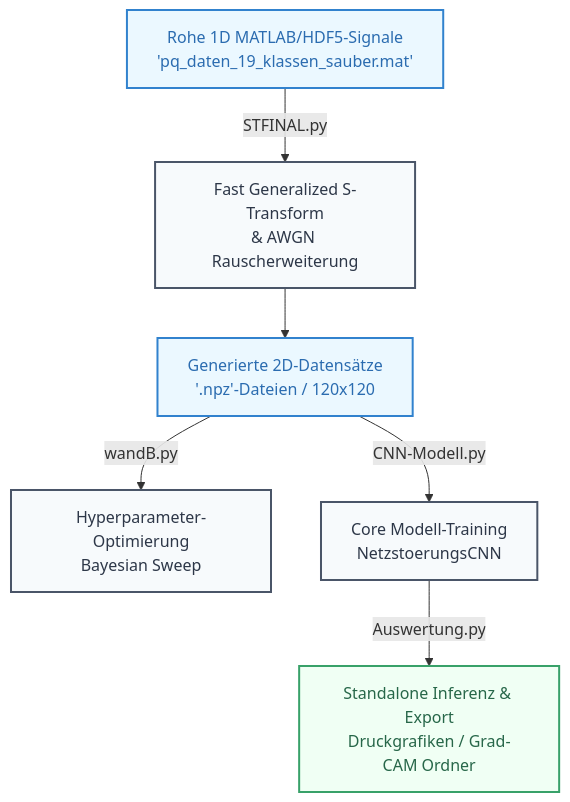
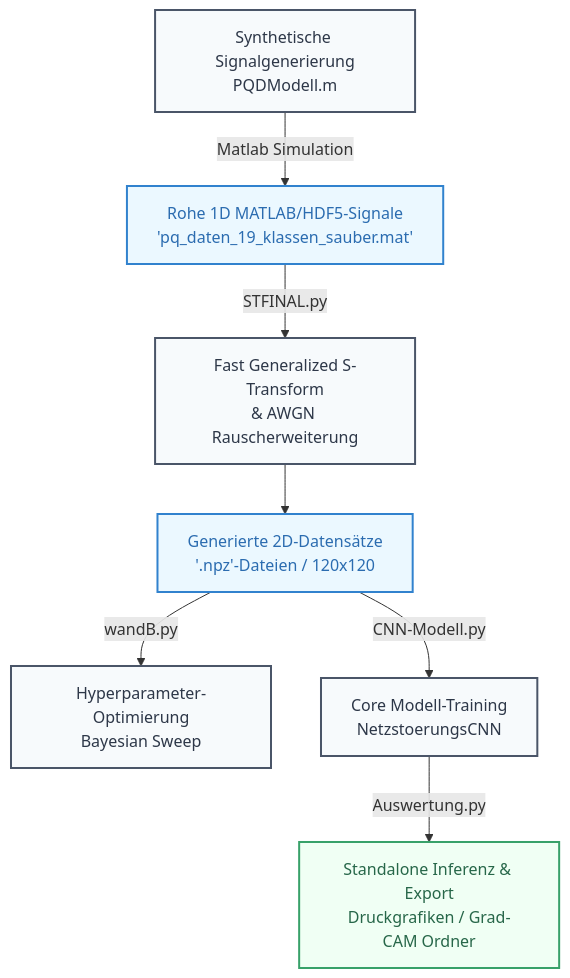
The first of 6 diagrams in README.md (ammo96/pandapower-test), drawn with Mermaid before and after one commit. The commit also changed other lines of this file, not shown here.

````diff
--- a/README.md
+++ b/README.md
@@ -11,27 +11,29 @@
 ```mermaid
 graph TD
     %% Nodes
+    A0[Synthetische Signalgenerierung<br/>PQDModell.m]
     A[Rohe 1D MATLAB/HDF5-Signale<br/>'pq_daten_19_klassen_sauber.mat'] 
     B[Fast Generalized S-Transform<br/>& AWGN Rauscherweiterung]
     C[Generierte 2D-Datensätze<br/>'.npz'-Dateien / 120x120]
     D[Hyperparameter-Optimierung<br/>Bayesian Sweep]
     E[Core Modell-Training<br/>NetzstoerungsCNN]
     F[Standalone Inferenz & Export<br/>Druckgrafiken / Grad-CAM Ordner]
 
     %% Pipeline Flow
+    A0 -->|Matlab Simulation| A
     A -->|STFINAL.py| B
     B --> C
     C -->|wandB.py| D
     C -->|CNN-Modell.py| E
     E -->|Auswertung.py| F
 
     %% Styling
     classDef process fill:#f7fafc,stroke:#4a5568,stroke-width:2px,color:#2d3748;
     classDef data fill:#ebf8ff,stroke:#3182ce,stroke-width:2px,color:#2b6cb0;
     classDef output fill:#f0fff4,stroke:#38a169,stroke-width:2px,color:#276749;
     
     class A,C data;
-    class B,D,E process;
+    class A0,B,D,E process;
     class F output;
 
 ```
````
